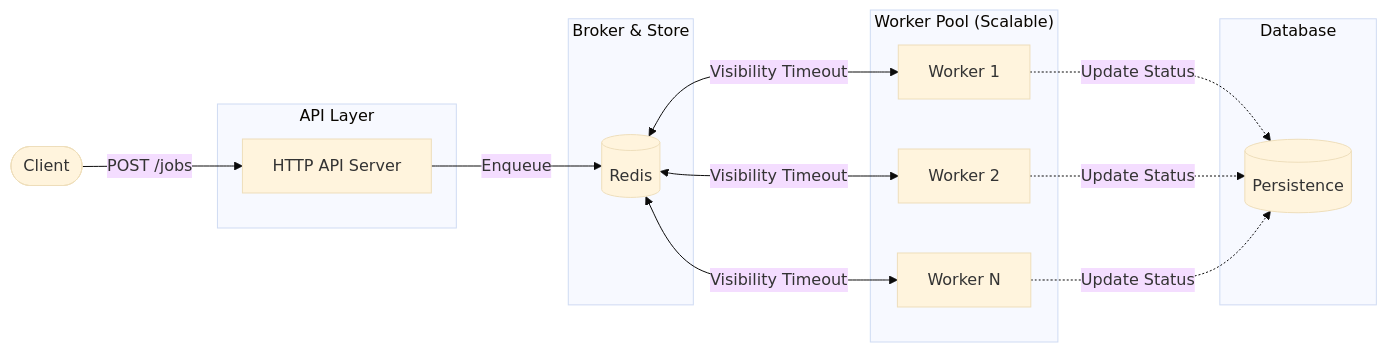
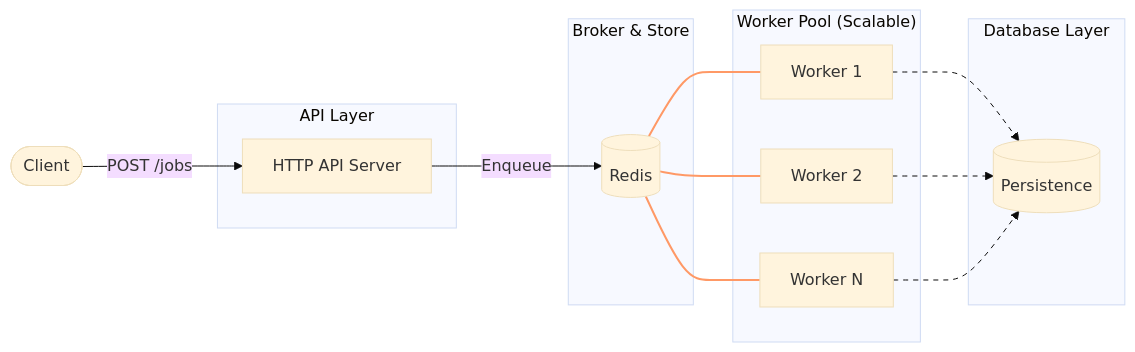
One commit to fewzfewz/task_queue_system changed the diagram in README.md. Above: the diagram before and after it, drawn with Mermaid (base theme). The commit also changed 1 other file, not shown here.

Commit message:
Fix rate limiter shutdown blocking and Mermaid diagram syntax

````diff
--- a/README.md
+++ b/README.md
@@ -9,27 +9,35 @@
 ```mermaid
 graph LR
     Client([Client])
-    subgraph "API Layer"
+    
+    subgraph API_Layer ["API Layer"]
         API[HTTP API Server]
     end
-    subgraph "Broker & Store"
+    
+    subgraph Broker ["Broker & Store"]
         Redis[(Redis)]
     end
-    subgraph "Worker Pool (Scalable)"
+    
+    subgraph Worker_Pool ["Worker Pool (Scalable)"]
         W1[Worker 1]
         W2[Worker 2]
         W3[Worker N]
     end
-    subgraph "Database"
+    
+    subgraph DB_Layer ["Database Layer"]
         DB[(Persistence)]
     end
 
     Client -->|POST /jobs| API
     API -->|Enqueue| Redis
-    Redis <-->|Visibility Timeout| W1
-    Redis <-->|Visibility Timeout| W2
-    Redis <-->|Visibility Timeout| W3
-    W1 -.->|Update Status| DB
-    W2 -.->|Update Status| DB
-    W3 -.->|Update Status| DB
+    Redis --- W1
+    Redis --- W2
+    Redis --- W3
+    W1 --> DB
+    W2 --> DB
+    W3 --> DB
+    
+    %% Style notes
+    linkStyle 2,3,4 stroke:#f96,stroke-width:2px;
+    linkStyle 5,6,7 stroke-dasharray: 5 5;
 ```
````
